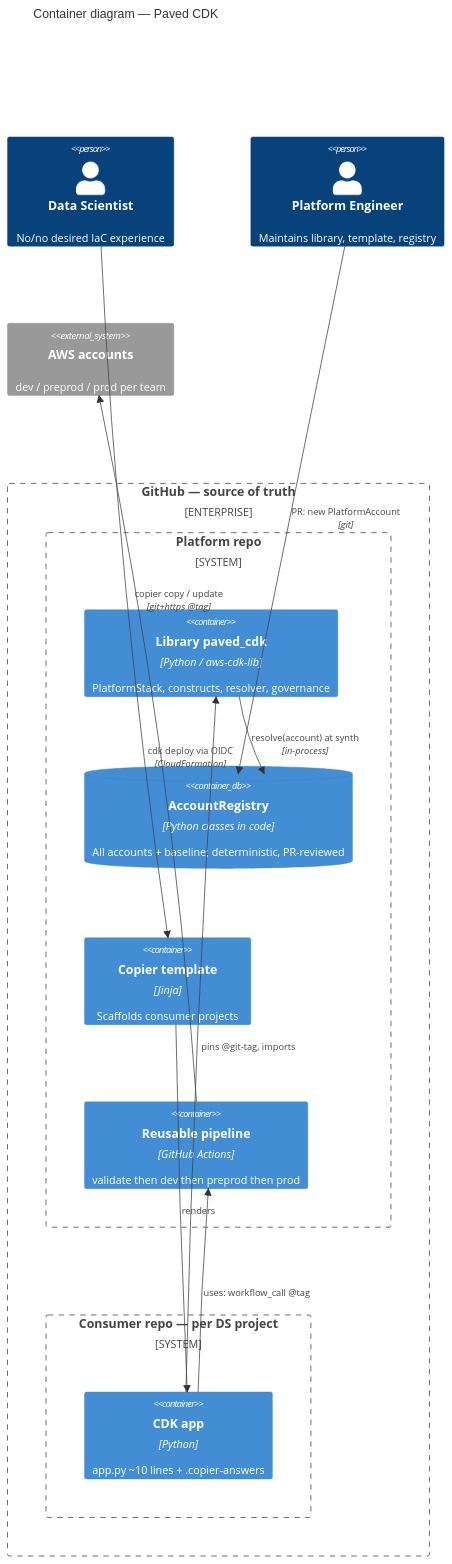
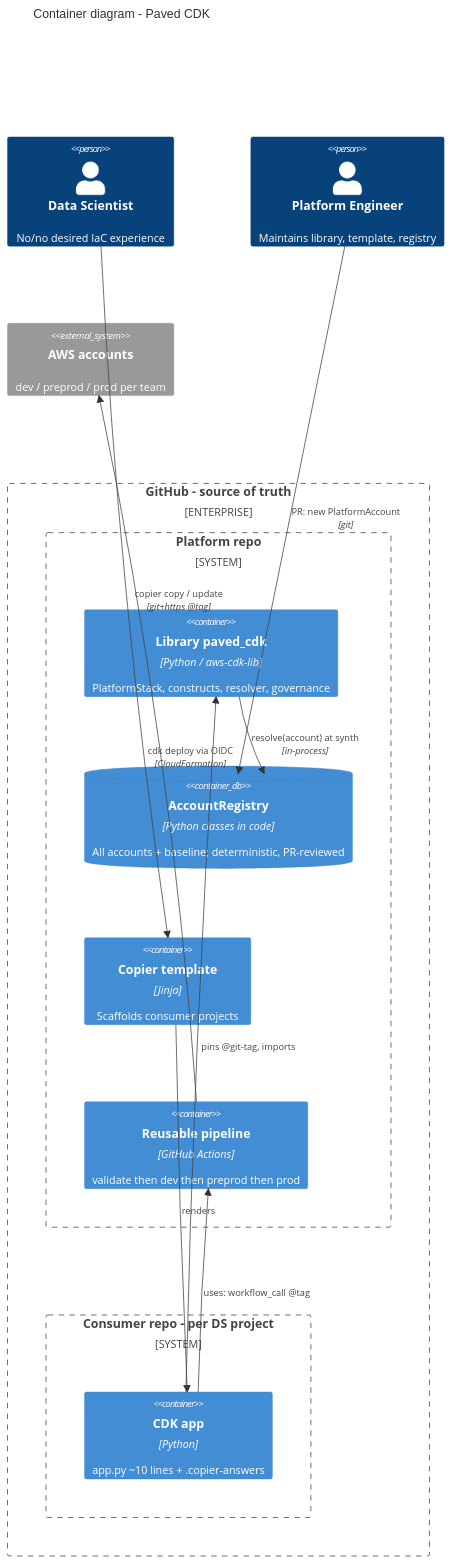
The ninth of 10 diagrams in docs/architecture.md (michaelfecher/paved-cdk), drawn with Mermaid before and after one commit. The commit also changed other lines of this file and 42 other files, not shown here.

Commit message:
docs: normalize typography to ASCII (no em-dashes, arrows, curly quotes); fix stale test count; regenerate diagrams

````diff
--- a/docs/architecture.md
+++ b/docs/architecture.md
@@ -440,31 +440,31 @@
 ```mermaid
 C4Container
-    title Container diagram — Paved CDK
+    title Container diagram - Paved CDK
 
     Person(ds, "Data Scientist", "No/no desired IaC experience")
     Person(pe, "Platform Engineer", "Maintains library, template, registry")
 
-    Enterprise_Boundary(gh, "GitHub — source of truth") {
+    Enterprise_Boundary(gh, "GitHub - source of truth") {
         System_Boundary(plat, "Platform repo") {
             Container(lib, "Library paved_cdk", "Python / aws-cdk-lib", "PlatformStack, constructs, resolver, governance")
             ContainerDb(reg, "AccountRegistry", "Python classes in code", "All accounts + baseline; deterministic, PR-reviewed")
             Container(tpl, "Copier template", "Jinja", "Scaffolds consumer projects")
             Container(pipe, "Reusable pipeline", "GitHub Actions", "validate then dev then preprod then prod")
         }
-        System_Boundary(cons, "Consumer repo — per DS project") {
+        System_Boundary(cons, "Consumer repo - per DS project") {
             Container(app, "CDK app", "Python", "app.py ~10 lines + .copier-answers")
         }
     }
 
     System_Ext(aws, "AWS accounts", "dev / preprod / prod per team")
 
     Rel(pe, reg, "PR: new PlatformAccount", "git")
     Rel(ds, tpl, "copier copy / update", "git+https @tag")
     Rel(tpl, app, "renders")
     Rel(app, lib, "pins @git-tag, imports")
     Rel(lib, reg, "resolve(account) at synth", "in-process")
     Rel(app, pipe, "uses: workflow_call @tag")
     Rel(pipe, aws, "cdk deploy via OIDC", "CloudFormation")
 
     UpdateLayoutConfig($c4ShapeInRow="2", $c4BoundaryInRow="1")
 ```
````
